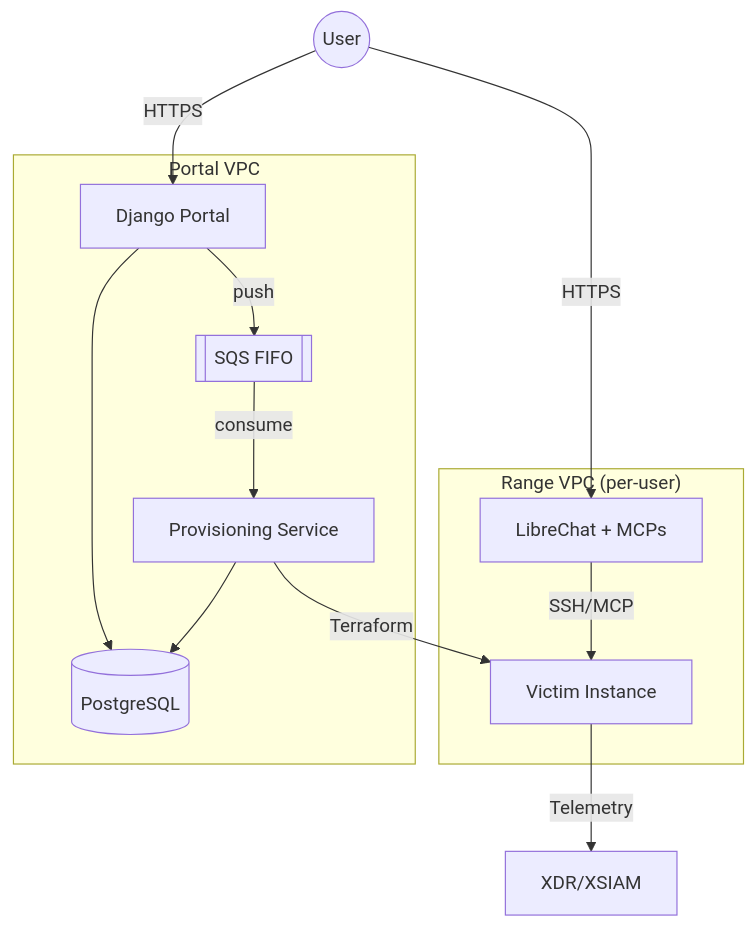
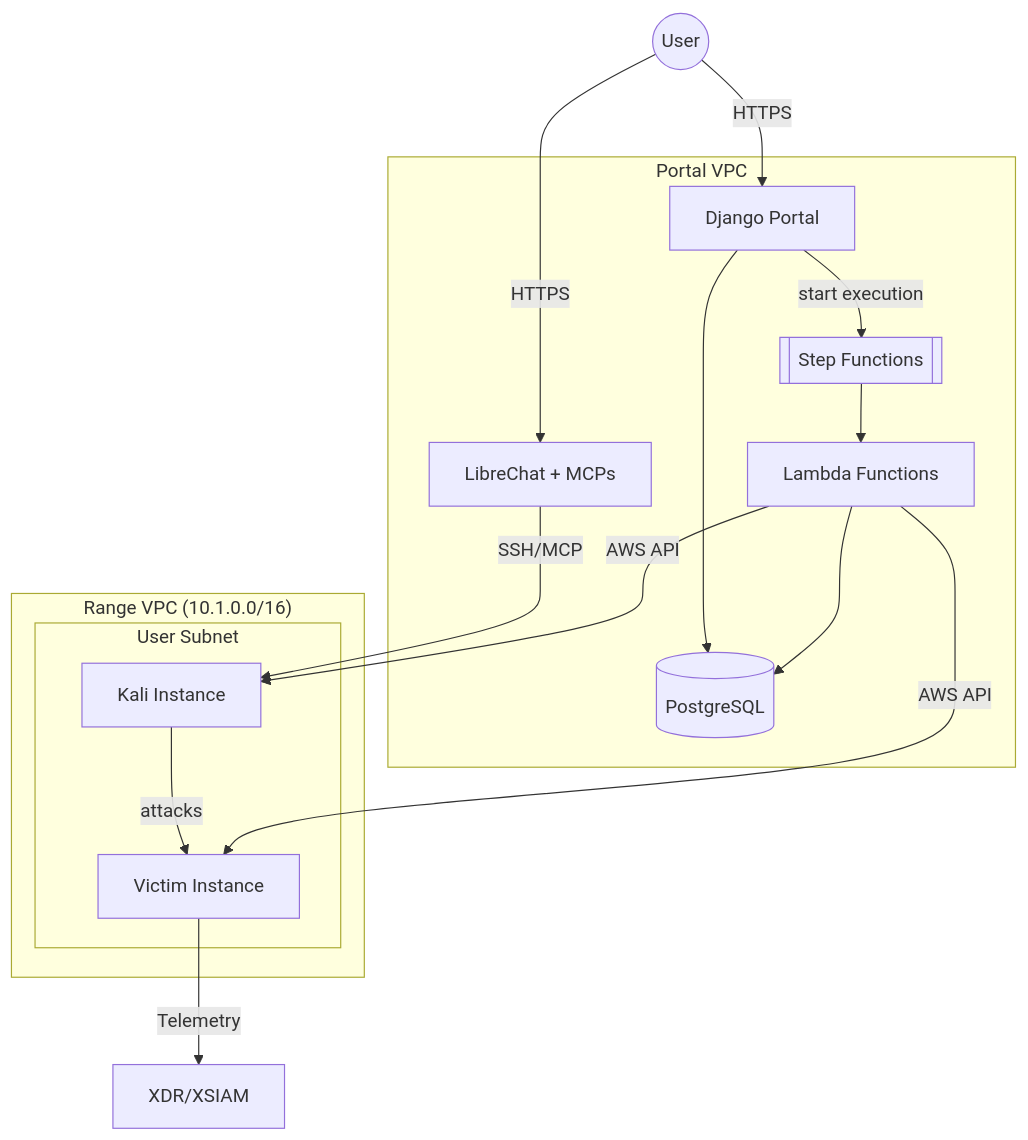
Before and after one commit to PaloAltoNetworks/shifter: the first of 5 diagrams in docs/src/architecture.md, drawn with Mermaid. The commit also changed other lines of this file and 8 other files, not shown here.

````diff
--- a/docs/src/architecture.md
+++ b/docs/src/architecture.md
@@ -11,24 +12,29 @@
 ```mermaid
 graph TB
     subgraph "Portal VPC"
         Portal[Django Portal]
         RDS[(PostgreSQL)]
-        SQS[[SQS FIFO]]
-        Provisioner[Provisioning Service]
+        StepFn[[Step Functions]]
+        Lambda[Lambda Functions]
+        LibreChat[LibreChat + MCPs]
         Portal --> RDS
-        Portal -->|push| SQS
-        SQS -->|consume| Provisioner
-        Provisioner --> RDS
+        Portal -->|start execution| StepFn
+        StepFn --> Lambda
+        Lambda --> RDS
     end
 
-    subgraph "Range VPC (per-user)"
-        LibreChat[LibreChat + MCPs]
-        Victim[Victim Instance]
-        LibreChat -->|SSH/MCP| Victim
+    subgraph "Range VPC (10.1.0.0/16)"
+        subgraph "User Subnet"
+            Kali[Kali Instance]
+            Victim[Victim Instance]
+            Kali -->|attacks| Victim
+        end
     end
 
     User((User)) -->|HTTPS| Portal
     User -->|HTTPS| LibreChat
-    Provisioner -->|Terraform| Victim
+    LibreChat -->|SSH/MCP| Kali
+    Lambda -->|AWS API| Kali
+    Lambda -->|AWS API| Victim
     Victim -->|Telemetry| XDR[XDR/XSIAM]
 ```
````
